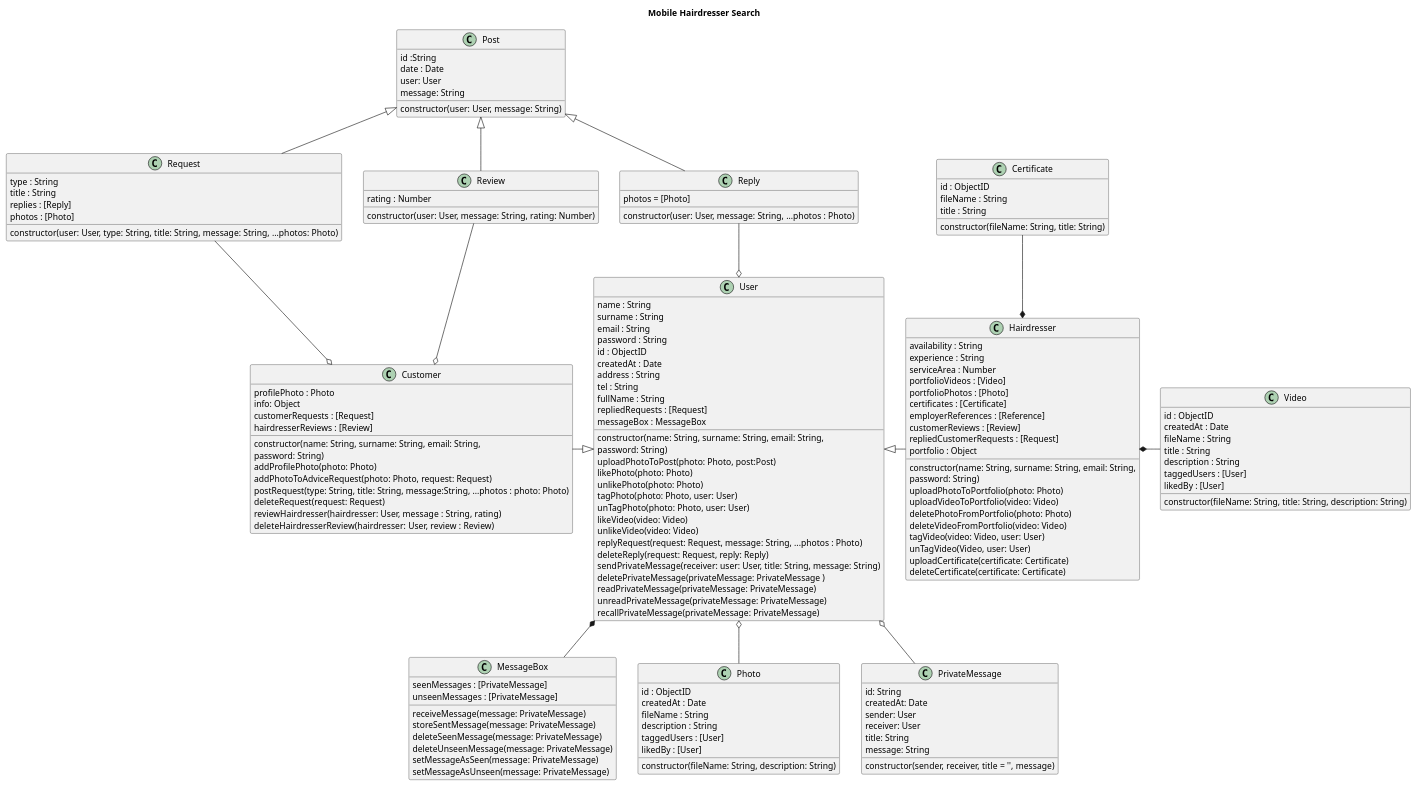
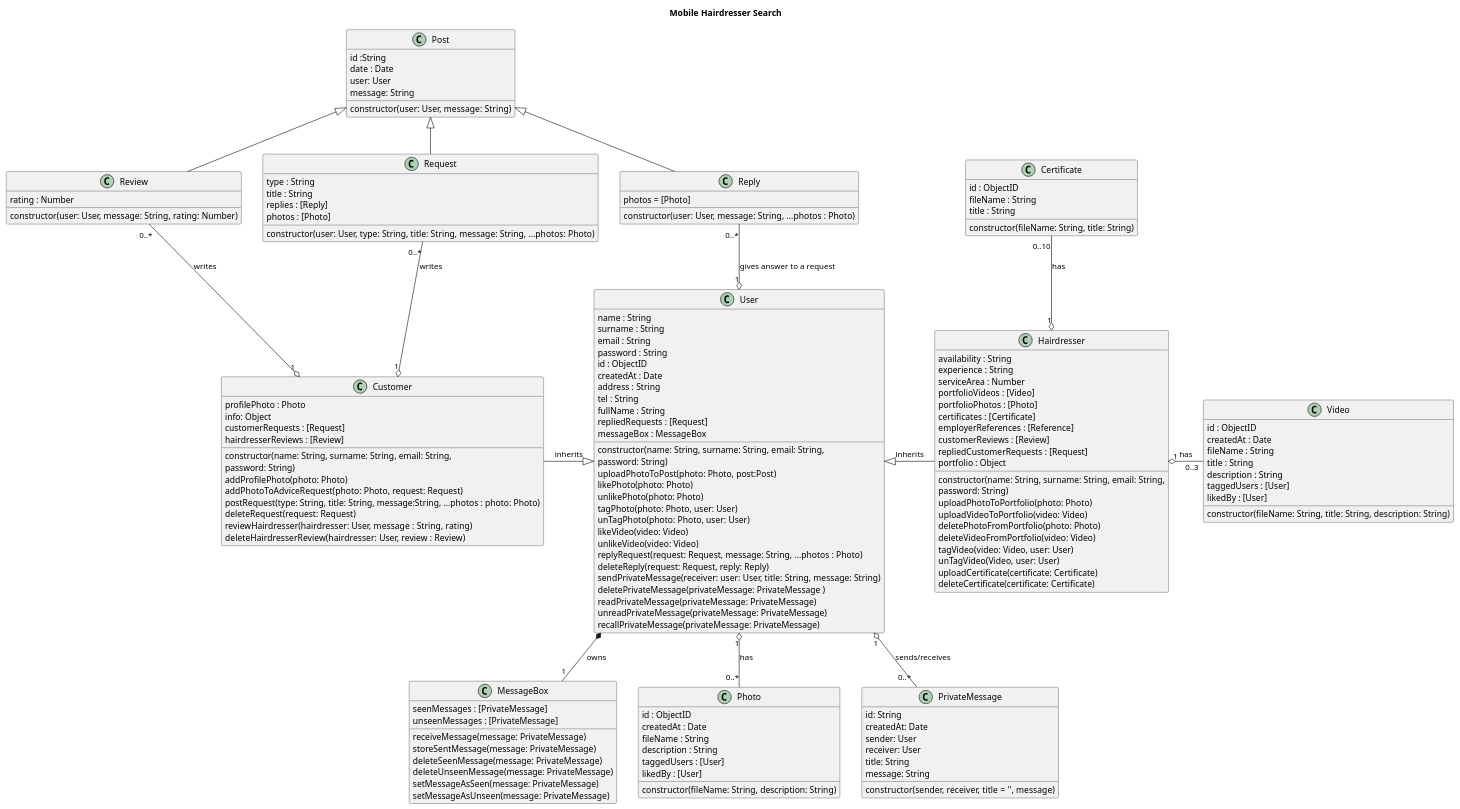
Before and after one commit to serhatci/mobile-hairdresser: the diagram in architecture/class.puml, drawn with PlantUML.

Commit message:
Add relationship comments on lines

```diff
--- a/architecture/class.puml
+++ b/architecture/class.puml
@@ -1,171 +1,171 @@
 @startuml UML DIAGRAM
 
 
 Title: Mobile Hairdresser Search
 
 class User {
   name : String
   surname : String
   email : String
   password : String
   id : ObjectID
   createdAt : Date
   address : String
   tel : String
   fullName : String
   repliedRequests : [Request]
   messageBox : MessageBox
 
   constructor(name: String, surname: String, email: String,
   password: String)
   uploadPhotoToPost(photo: Photo, post:Post)
   likePhoto(photo: Photo)
   unlikePhoto(photo: Photo)
   tagPhoto(photo: Photo, user: User)
   unTagPhoto(photo: Photo, user: User)
   likeVideo(video: Video)
   unlikeVideo(video: Video)
   replyRequest(request: Request, message: String, ...photos : Photo)
   deleteReply(request: Request, reply: Reply)
   sendPrivateMessage(receiver: user: User, title: String, message: String)
   deletePrivateMessage(privateMessage: PrivateMessage )
   readPrivateMessage(privateMessage: PrivateMessage)
   unreadPrivateMessage(privateMessage: PrivateMessage)
   recallPrivateMessage(privateMessage: PrivateMessage)
 }
 
 class Hairdresser{
   availability : String
   experience : String
   serviceArea : Number
   portfolioVideos : [Video]
   portfolioPhotos : [Photo]
   certificates : [Certificate]
   employerReferences : [Reference]
   customerReviews : [Review]
   repliedCustomerRequests : [Request]
   portfolio : Object
 
   constructor(name: String, surname: String, email: String,
   password: String)
   uploadPhotoToPortfolio(photo: Photo)
   uploadVideoToPortfolio(video: Video)
   deletePhotoFromPortfolio(photo: Photo)
   deleteVideoFromPortfolio(video: Video)
   tagVideo(video: Video, user: User)
   unTagVideo(Video, user: User)
   uploadCertificate(certificate: Certificate)
   deleteCertificate(certificate: Certificate)
 }
 
 class Customer {
   profilePhoto : Photo
   info: Object
   customerRequests : [Request]
   hairdresserReviews : [Review]
   constructor(name: String, surname: String, email: String,
   password: String)
   addProfilePhoto(photo: Photo)
   addPhotoToAdviceRequest(photo: Photo, request: Request)
   postRequest(type: String, title: String, message:String, ...photos : photo: Photo)
   deleteRequest(request: Request)
   reviewHairdresser(hairdresser: User, message : String, rating)
   deleteHairdresserReview(hairdresser: User, review : Review)
 }
 
 class Certificate {
   id : ObjectID
   fileName : String
   title : String
 
   constructor(fileName: String, title: String)
 }
 
 class MessageBox {
   seenMessages : [PrivateMessage]
   unseenMessages : [PrivateMessage]
   receiveMessage(message: PrivateMessage)
   storeSentMessage(message: PrivateMessage)
   deleteSeenMessage(message: PrivateMessage)
   deleteUnseenMessage(message: PrivateMessage)
   setMessageAsSeen(message: PrivateMessage)
   setMessageAsUnseen(message: PrivateMessage)
 }
 
 class Photo {
   id : ObjectID
   createdAt : Date
   fileName : String
   description : String
   taggedUsers : [User]
   likedBy : [User]
 
   constructor(fileName: String, description: String)
   }
 
 class Post {
   id :String
   date : Date
   user: User
   message: String
 
   constructor(user: User, message: String)
 }
 
 class PrivateMessage {
   id: String
   createdAt: Date
   sender: User
   receiver: User
   title: String
   message: String
 
   constructor(sender, receiver, title = '', message)
 }
 
 class Reply extends Post {
   photos = [Photo]
 
   constructor(user: User, message: String, ...photos : Photo)
 }
 
 class Request extends Post {
   type : String
   title : String
   replies : [Reply]
   photos : [Photo]
 
   constructor(user: User, type: String, title: String, message: String, ...photos: Photo)
 }
 
 class Review extends Post{
   rating : Number
 
   constructor(user: User, message: String, rating: Number)
 }
 
 class Video {
   id : ObjectID
   createdAt : Date
   fileName : String
   title : String
   description : String
   taggedUsers : [User]
   likedBy : [User]
 
   constructor(fileName: String, title: String, description: String)
 }
 
-Customer -|> User
-User <|- Hairdresser
-Certificate --* Hairdresser
-Hairdresser *- Video
-User *-- MessageBox
-User o-- Photo
-User o-- PrivateMessage
-Reply --o User
-Request --o Customer
-Review --o Customer
+Customer -|> User : inherits
+User <|- Hairdresser : inherits
+Certificate "0..10" --o "1" Hairdresser : has
+Hairdresser "1" o- "0..3" Video : has
+User *-- "1" MessageBox : owns
+User "1" o-- "0..*" Photo : has
+User "1" o-- "0..* "PrivateMessage : sends/receives
+Reply "0..*" --o "1" User : gives answer to a request
+Request "0..*" --o "1" Customer : writes
+Review "0..*"--o "1" Customer : writes
 
 
 @enduml
```
